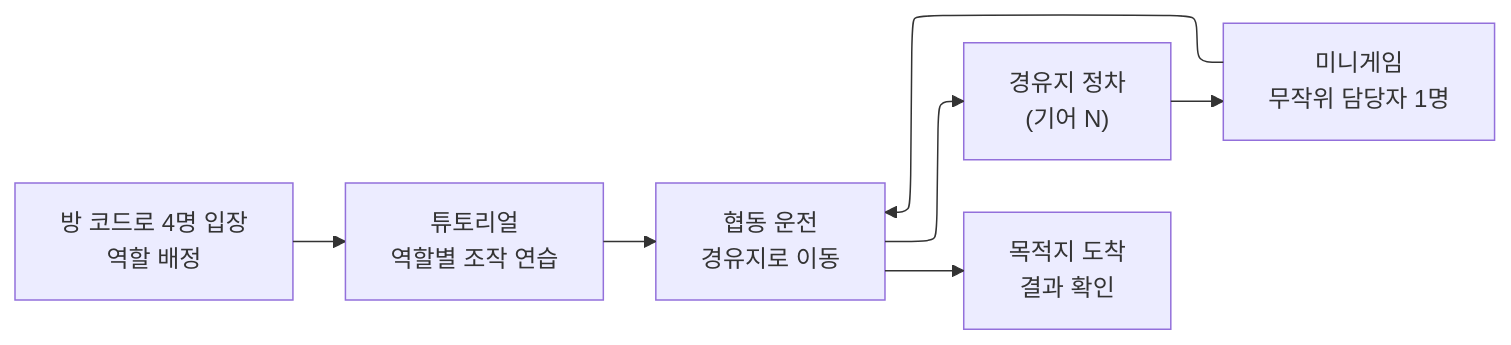
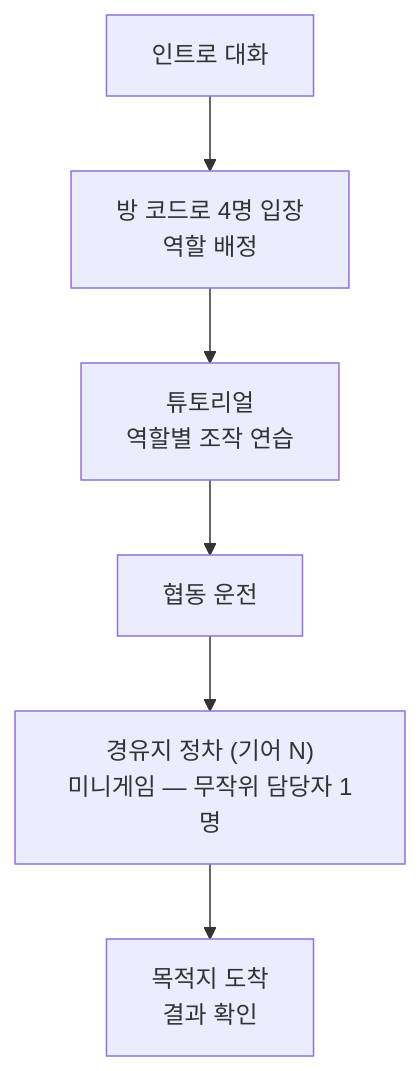
One commit to Lets-Gitit/portfolio changed the first of 6 diagrams in src/3-Thief/프로젝트문서.md. Above: the diagram before and after it, drawn with Mermaid. The commit also changed other lines of this file and 8 other files, not shown here.

````diff
--- a/src/3-Thief/프로젝트문서.md
+++ b/src/3-Thief/프로젝트문서.md
@@ -53,13 +87,8 @@
 ```mermaid
----
-config:
-  layout: elk
----
-flowchart LR
-    A["방 코드로 4명 입장<br/>역할 배정"] --> B["튜토리얼<br/>역할별 조작 연습"]
-    B --> C["협동 운전<br/>경유지로 이동"]
-    C --> D["경유지 정차<br/>(기어 N)"]
-    D --> E["미니게임<br/>무작위 담당자 1명"]
-    E --> C
-    C --> F["목적지 도착<br/>결과 확인"]
+flowchart TB
+    A["인트로 대화"] --> B["방 코드로 4명 입장<br/>역할 배정"]
+    B --> C["튜토리얼<br/>역할별 조작 연습"]
+    C --> D["협동 운전"]
+    D --> E["경유지 정차 (기어 N)<br/>미니게임 — 무작위 담당자 1명"]
+    E --> F["목적지 도착<br/>결과 확인"]
 ```
````
